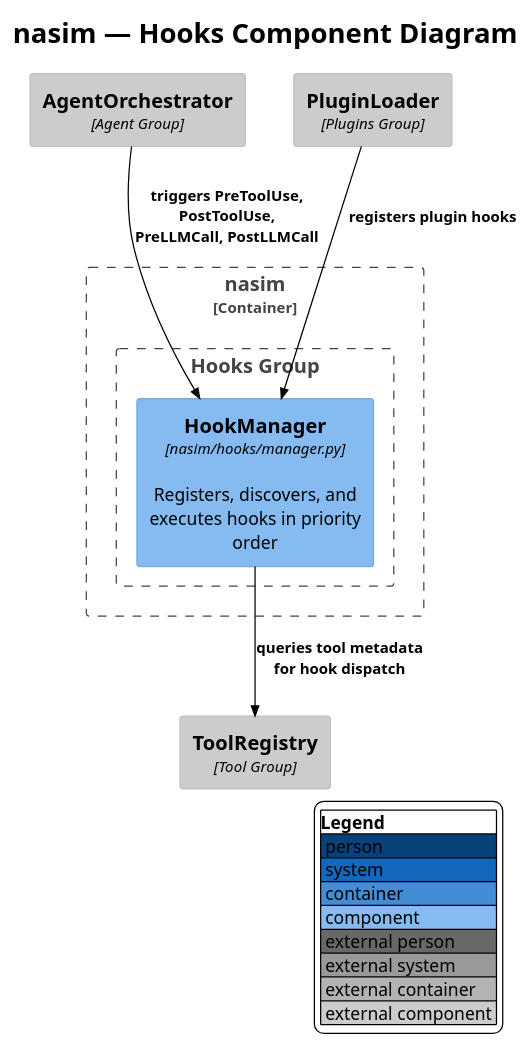
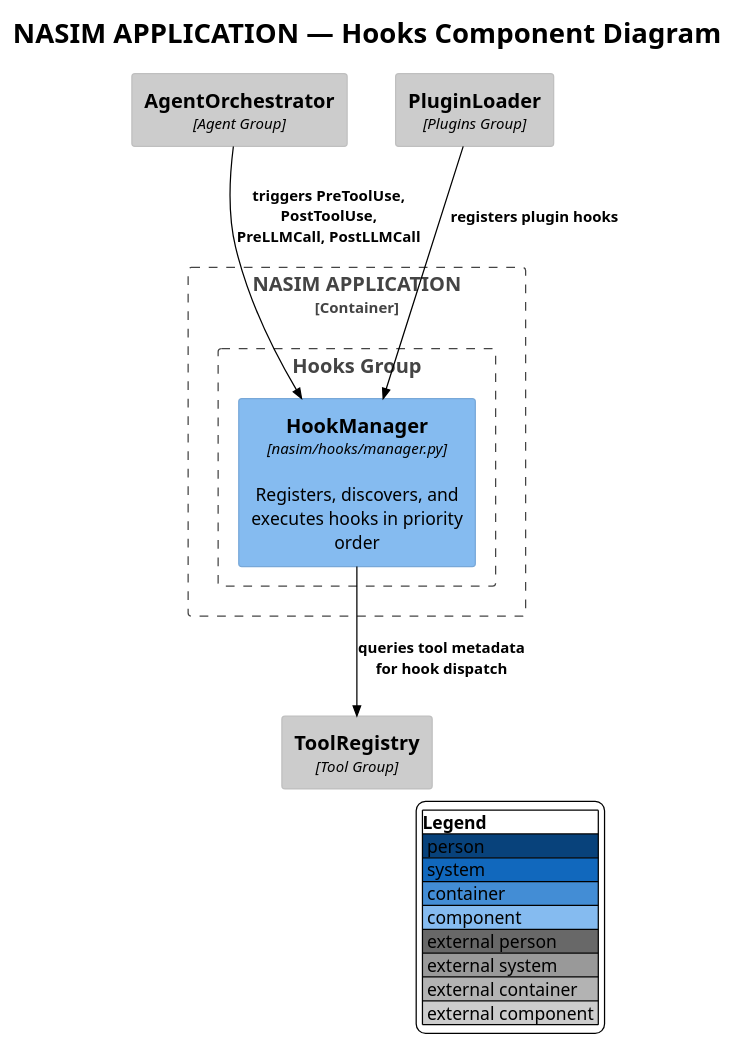
One commit to salimnamvar/nasim changed the diagram in docs/C4/c4_nasim_component_hooks.puml. Above: the diagram before and after it, drawn with PlantUML. The commit also changed 21 other files, not shown here.

Commit message:
docs: Update C4 diagrams to reflect NASIM APPLICATION branding and improve consistency

```diff
--- a/docs/C4/c4_nasim_component_hooks.puml
+++ b/docs/C4/c4_nasim_component_hooks.puml
@@ -1,33 +1,33 @@
 @startuml c4_nasim_component_hooks
 !include https://raw.githubusercontent.com/plantuml-stdlib/C4-PlantUML/v2.10.0/C4_Component.puml
 !theme plain
 
 
 ' ============================================================
-' Title:     nasim — Hooks Component Diagram
-' Boundary:  nasim (container) — Hooks Group
+' Title:     NASIM APPLICATION — Hooks Component Diagram
+' Boundary:  NASIM APPLICATION (container) — Hooks Group
 ' Purpose:   Pre/post hooks for tool use and LLM calls
 ' Milestone: v1.0
 ' Version:   9.0.0
 ' Source:    docs/prompt/p1.md — corrective architecture review
 ' Review:    docs/audit/audit.2026.06.20.comprehensive.reference.audit.md
 ' ============================================================
 
 LAYOUT_WITH_LEGEND()
-title nasim — Hooks Component Diagram
+title NASIM APPLICATION — Hooks Component Diagram
 
-Container_Boundary(nasim, "nasim") {
+Container_Boundary(nasim_application, "NASIM APPLICATION") {
     Boundary(hooks_group, "Hooks Group") {
         Component(hook_manager, "HookManager", "nasim/hooks/manager.py", "Registers, discovers, and executes hooks in priority order")
     }
 }
 
 Component_Ext(agent_orch, "AgentOrchestrator", "Agent Group")
 Component_Ext(tool_registry, "ToolRegistry", "Tool Group")
 Component_Ext(plugin_loader, "PluginLoader", "Plugins Group")
 
 Rel(agent_orch, hook_manager, "triggers PreToolUse, PostToolUse, PreLLMCall, PostLLMCall")
 Rel(plugin_loader, hook_manager, "registers plugin hooks")
 Rel(hook_manager, tool_registry, "queries tool metadata for hook dispatch")
 
 @enduml
```
